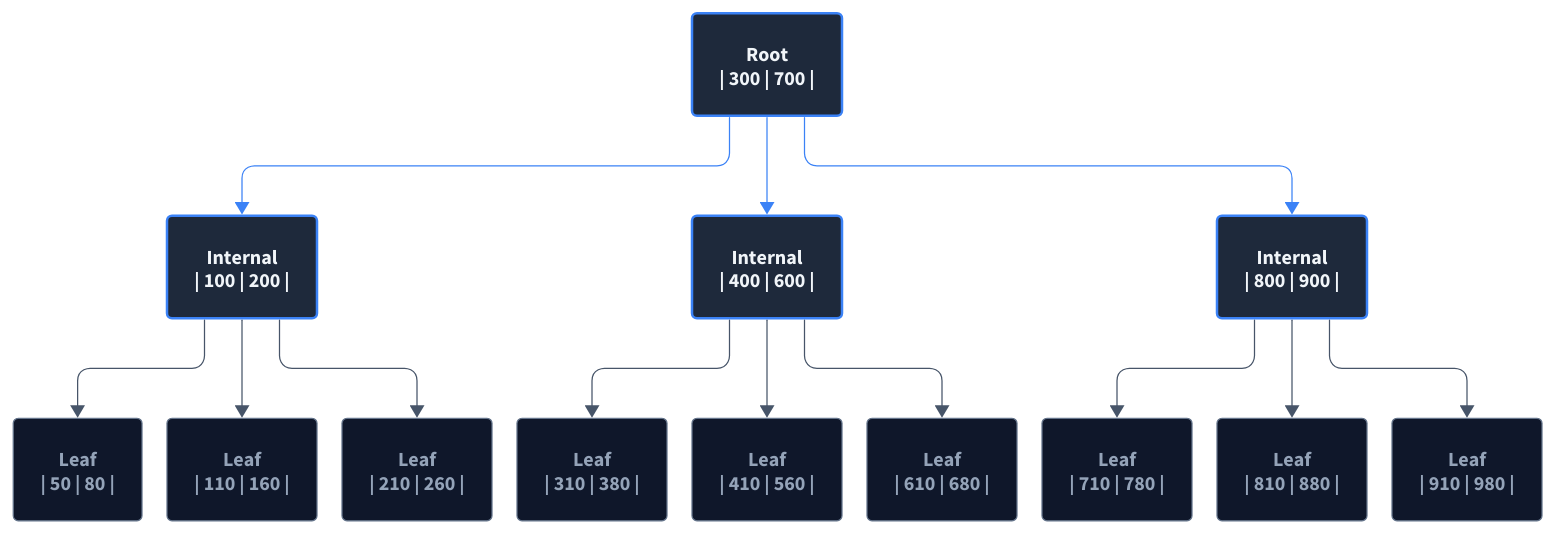
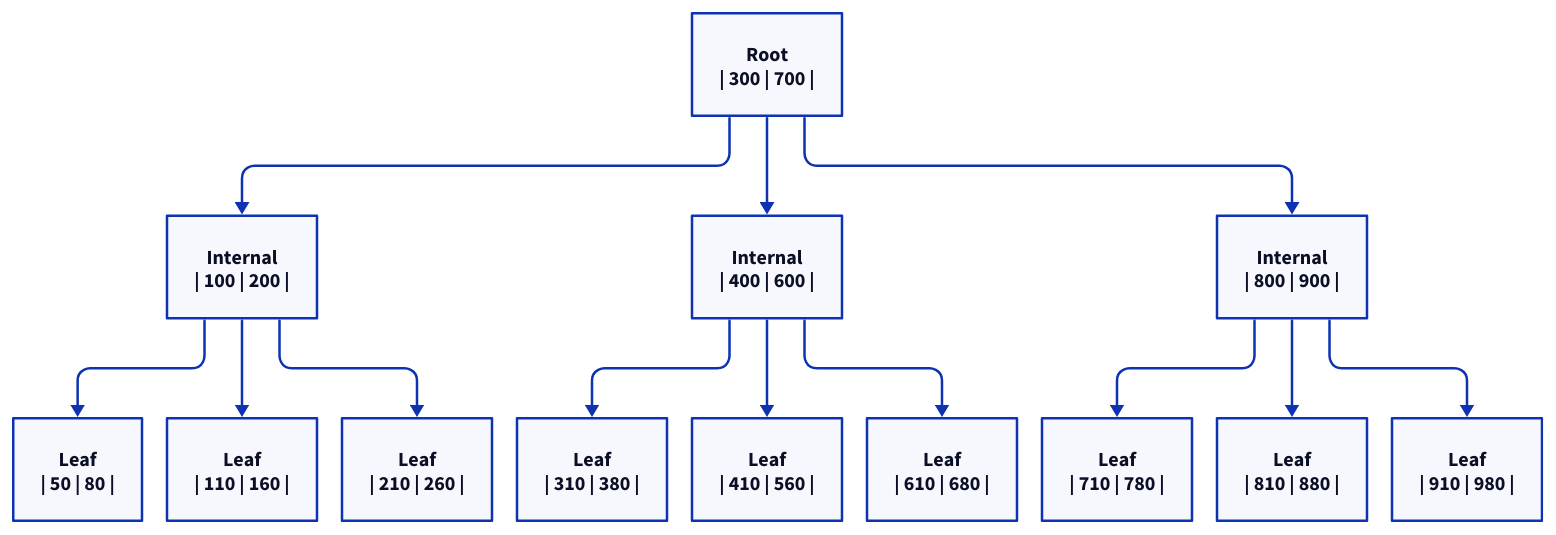
The diagram in diagrams/why-every-database-use-btree/btree.d2 (AnasImloul/aimloul-blog), drawn with D2 before and after one commit. The commit also changed 3 other files, not shown here.

```diff
--- a/diagrams/why-every-database-use-btree/btree.d2
+++ b/diagrams/why-every-database-use-btree/btree.d2
@@ -1,185 +1,39 @@
 vars: {
-d2-config: {
-layout-engine: elk
-}
+  d2-config: {
+    layout-engine: elk
+  }
 }
 
 direction: down
 
-# Root node
-root: {
-  label: "Root\n| 300 | 700 |"
-  shape: rectangle
-  style: {
-  fill: "#1e293b"
-  stroke: "#3b82f6"
-  stroke-width: 2
-  font-color: "#f1f5f9"
-  bold: true
-  border-radius: 4
-  }
-}
+root: "Root\n| 300 | 700 |"
 
-# Internal nodes (level 2)
-int1: {
-  label: "Internal\n| 100 | 200 |"
-  shape: rectangle
-  style: {
-  fill: "#1e293b"
-  stroke: "#3b82f6"
-  stroke-width: 2
-  font-color: "#f1f5f9"
-  border-radius: 4
-  }
-}
+int1: "Internal\n| 100 | 200 |"
+int2: "Internal\n| 400 | 600 |"
+int3: "Internal\n| 800 | 900 |"
 
-int2: {
-  label: "Internal\n| 400 | 600 |"
-  shape: rectangle
-  style: {
-  fill: "#1e293b"
-  stroke: "#3b82f6"
-  stroke-width: 2
-  font-color: "#f1f5f9"
-  border-radius: 4
-  }
-}
+leaf1: "Leaf\n| 50 | 80 |"
+leaf2: "Leaf\n| 110 | 160 |"
+leaf3: "Leaf\n| 210 | 260 |"
+leaf4: "Leaf\n| 310 | 380 |"
+leaf5: "Leaf\n| 410 | 560 |"
+leaf6: "Leaf\n| 610 | 680 |"
+leaf7: "Leaf\n| 710 | 780 |"
+leaf8: "Leaf\n| 810 | 880 |"
+leaf9: "Leaf\n| 910 | 980 |"
 
-int3: {
-  label: "Internal\n| 800 | 900 |"
-  shape: rectangle
-  style: {
-  fill: "#1e293b"
-  stroke: "#3b82f6"
-  stroke-width: 2
-  font-color: "#f1f5f9"
-  border-radius: 4
-  }
-}
+root -> int1
+root -> int2
+root -> int3
 
-# Leaf nodes
-leaf1: {
-  label: "Leaf\n| 50 | 80 |"
-  shape: rectangle
-  style: {
-  fill: "#0f172a"
-  stroke: "#64748b"
-  stroke-width: 1
-  font-color: "#94a3b8"
-  border-radius: 4
-  }
-}
+int1 -> leaf1
+int1 -> leaf2
+int1 -> leaf3
 
-leaf2: {
-  label: "Leaf\n| 110 | 160 |"
-  shape: rectangle
-  style: {
-  fill: "#0f172a"
-  stroke: "#64748b"
-  stroke-width: 1
-  font-color: "#94a3b8"
-  border-radius: 4
-  }
-}
+int2 -> leaf4
+int2 -> leaf5
+int2 -> leaf6
 
-leaf3: {
-  label: "Leaf\n| 210 | 260 |"
-  shape: rectangle
-  style: {
-  fill: "#0f172a"
-  stroke: "#64748b"
-  stroke-width: 1
-  font-color: "#94a3b8"
-  border-radius: 4
-  }
-}
-
-leaf4: {
-  label: "Leaf\n| 310 | 380 |"
-  shape: rectangle
-  style: {
-  fill: "#0f172a"
-  stroke: "#64748b"
-  stroke-width: 1
-  font-color: "#94a3b8"
-  border-radius: 4
-  }
-}
-
-leaf5: {
-  label: "Leaf\n| 410 | 560 |"
-  shape: rectangle
-  style: {
-  fill: "#0f172a"
-  stroke: "#64748b"
-  stroke-width: 1
-  font-color: "#94a3b8"
-  border-radius: 4
-  }
-}
-
-leaf6: {
-  label: "Leaf\n| 610 | 680 |"
-  shape: rectangle
-  style: {
-  fill: "#0f172a"
-  stroke: "#64748b"
-  stroke-width: 1
-  font-color: "#94a3b8"
-  border-radius: 4
-  }
-}
-
-leaf7: {
-  label: "Leaf\n| 710 | 780 |"
-  shape: rectangle
-  style: {
-  fill: "#0f172a"
-  stroke: "#64748b"
-  stroke-width: 1
-  font-color: "#94a3b8"
-  border-radius: 4
-  }
-}
-
-leaf8: {
-  label: "Leaf\n| 810 | 880 |"
-  shape: rectangle
-  style: {
-  fill: "#0f172a"
-  stroke: "#64748b"
-  stroke-width: 1
-  font-color: "#94a3b8"
-  border-radius: 4
-  }
-}
-
-leaf9: {
-  label: "Leaf\n| 910 | 980 |"
-  shape: rectangle
-  style: {
-  fill: "#0f172a"
-  stroke: "#64748b"
-  stroke-width: 1
-  font-color: "#94a3b8"
-  border-radius: 4
-  }
-}
-
-# Edges root -> internal
-root -> int1: {style: { stroke: "#3b82f6"; stroke-width: 1 }}
-root -> int2: {style: { stroke: "#3b82f6"; stroke-width: 1 }}
-root -> int3: {style: { stroke: "#3b82f6"; stroke-width: 1 }}
-
-# Edges internal -> leaves
-int1 -> leaf1: {style: { stroke: "#475569"; stroke-width: 1 }}
-int1 -> leaf2: {style: { stroke: "#475569"; stroke-width: 1 }}
-int1 -> leaf3: {style: { stroke: "#475569"; stroke-width: 1 }}
-
-int2 -> leaf4: {style: { stroke: "#475569"; stroke-width: 1 }}
-int2 -> leaf5: {style: { stroke: "#475569"; stroke-width: 1 }}
-int2 -> leaf6: {style: { stroke: "#475569"; stroke-width: 1 }}
-
-int3 -> leaf7: {style: { stroke: "#475569"; stroke-width: 1 }}
-int3 -> leaf8: {style: { stroke: "#475569"; stroke-width: 1 }}
-int3 -> leaf9: {style: { stroke: "#475569"; stroke-width: 1 }}
+int3 -> leaf7
+int3 -> leaf8
+int3 -> leaf9
```
